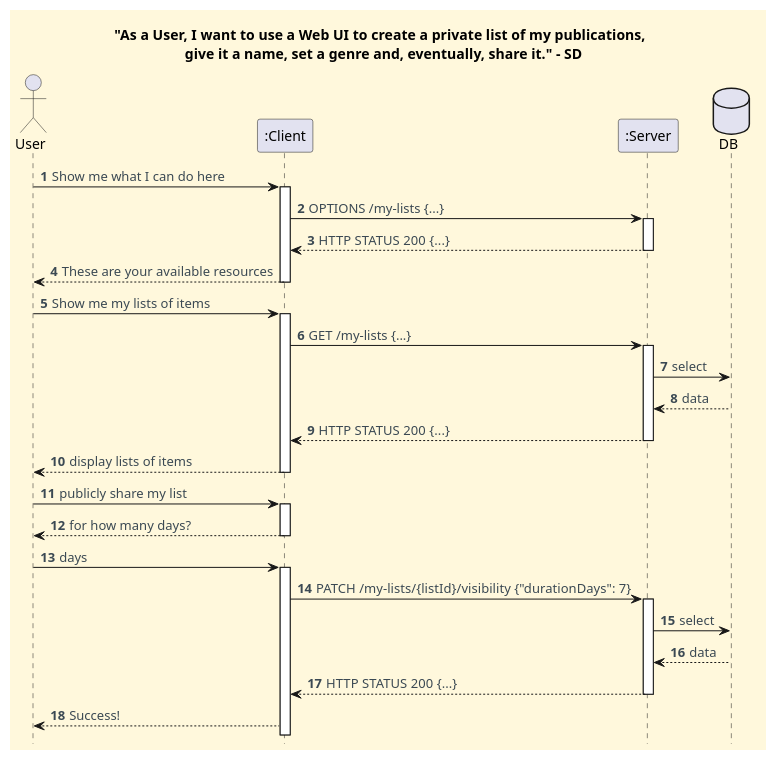
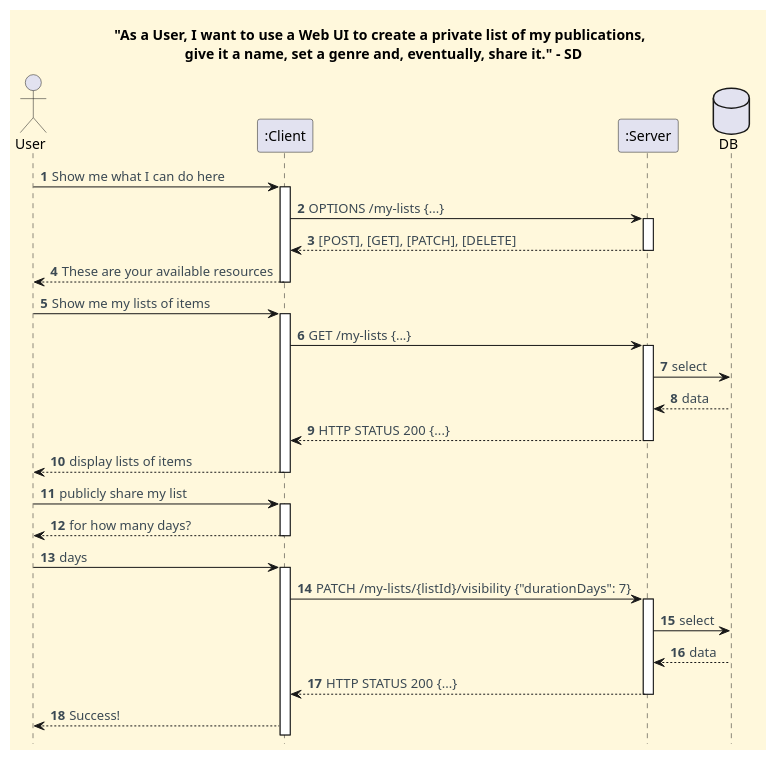
Before and after one commit to CarolinaLeite-collab/JavaMarketplacePlatform: the diagram in docs/client-server-diagrams/publicly-share-a-list-of-mine/Process_View_SD.puml, drawn with PlantUML. The commit also changed 1 other file, not shown here.

```diff
--- a/docs/client-server-diagrams/publicly-share-a-list-of-mine/Process_View_SD.puml
+++ b/docs/client-server-diagrams/publicly-share-a-list-of-mine/Process_View_SD.puml
@@ -1,59 +1,59 @@
 @startuml
 '==== Title ====
 title "As a User, I want to use a Web UI to create a private list of my publications, \n give it a name, set a genre and, eventually, share it." - SD
 
 '==== basic style ====
 skinparam monochrome false
 skinparam shadowing false
 skinparam defaultFontName Futura
 skinparam objectFontSize 20
 skinparam backgroundColor CornSilk
 skinparam objectBackgroundColor WhiteSmoke
 skinparam noteBackgroundColor #FFFFE0
 skinparam ArrowFontColor #3B4953
 skinparam ActivationBackgroundColor black
 hidefootbox
 autonumber
 
 ' ==== Actor and participants ====
 actor User
 participant ":Client" as CLI
 participant ":Server" as SER
 database "DB" as DB
 
 User -> CLI : Show me what I can do here
 activate CLI
 CLI -> SER : OPTIONS /my-lists {...}
 activate SER
-SER --> CLI : HTTP STATUS 200 {...}
+SER --> CLI : [POST], [GET], [PATCH], [DELETE]
 deactivate SER
 CLI --> User : These are your available resources
 deactivate CLI
 
 User -> CLI : Show me my lists of items
 activate CLI
 CLI -> SER : GET /my-lists {...}
 activate SER
 SER -> DB : select
 DB --> SER : data
 SER --> CLI : HTTP STATUS 200 {...}
 deactivate SER
 CLI --> User : display lists of items
 deactivate CLI
 
 User -> CLI : publicly share my list
 activate CLI
 CLI --> User : for how many days?
 deactivate CLI
 
 User -> CLI : days
 activate CLI
 CLI -> SER : PATCH /my-lists/{listId}/visibility {"durationDays": 7}
 activate SER
 SER -> DB : select
 DB --> SER : data
 SER --> CLI : HTTP STATUS 200 {...}
 deactivate SER
 CLI --> User: Success!
 
 @enduml
```
